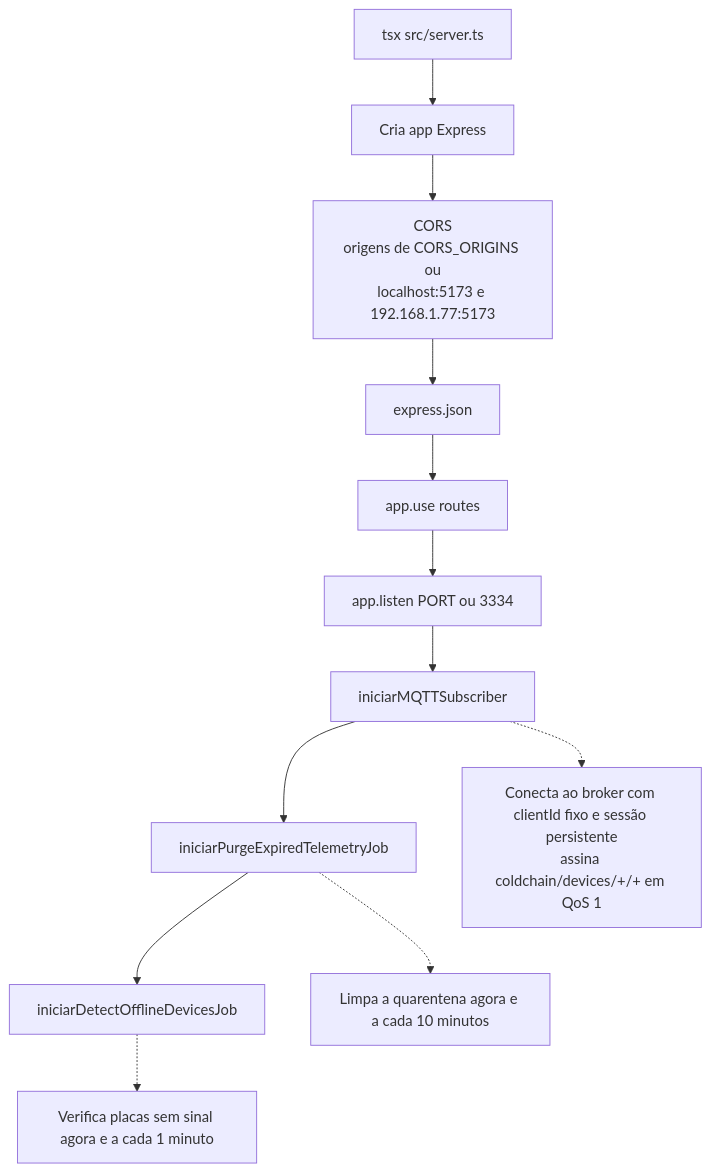
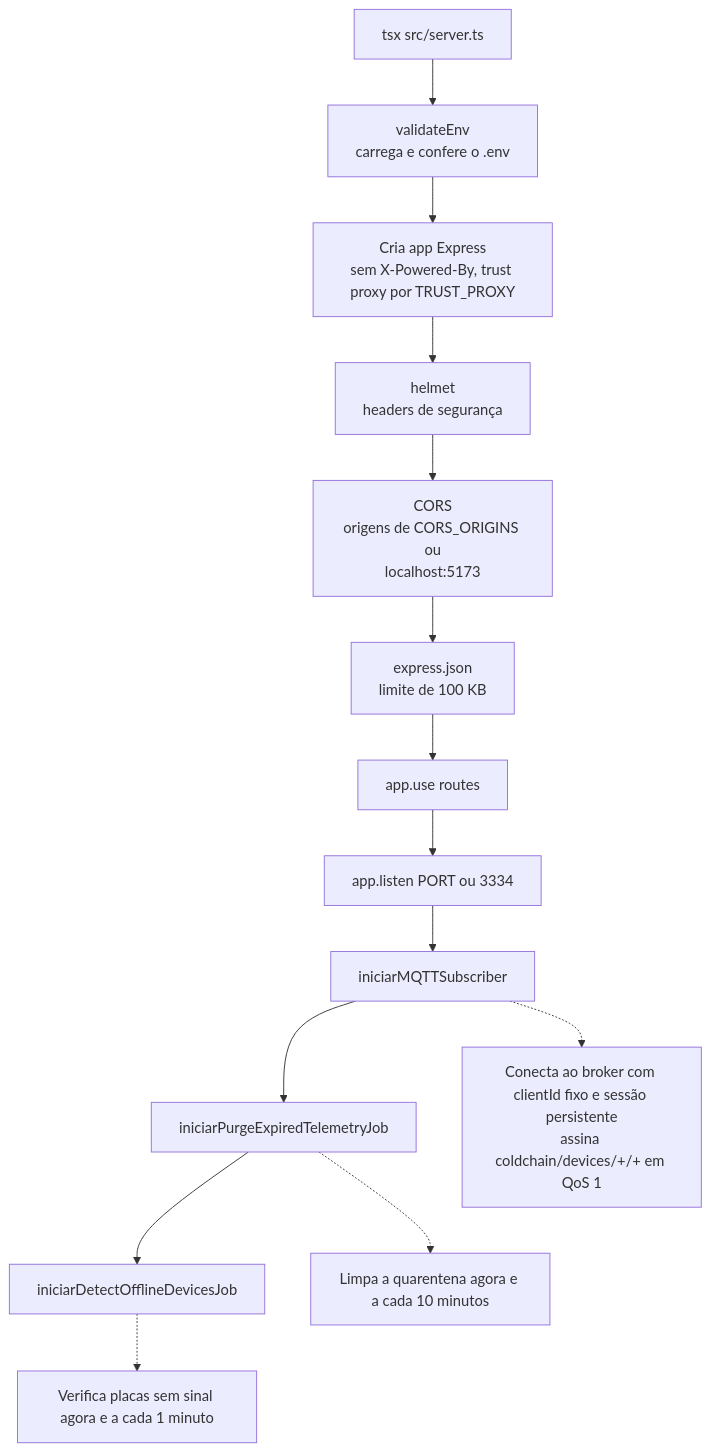
Before and after one commit to adreeanb/ColdChain: the second of 3 diagrams in docs/api/01-arquitetura.md, drawn with Mermaid. The commit also changed other lines of this file and 16 other files, not shown here.

````diff
--- a/docs/api/01-arquitetura.md
+++ b/docs/api/01-arquitetura.md
@@ -64,14 +64,16 @@
 ```mermaid
 flowchart TD
-    A[tsx src/server.ts] --> B[Cria app Express]
-    B --> C[CORS<br/>origens de CORS_ORIGINS ou<br/>localhost:5173 e 192.168.1.77:5173]
-    C --> D[express.json]
+    A[tsx src/server.ts] --> V[validateEnv<br/>carrega e confere o .env]
+    V --> B[Cria app Express<br/>sem X-Powered-By, trust proxy por TRUST_PROXY]
+    B --> HM[helmet<br/>headers de segurança]
+    HM --> C[CORS<br/>origens de CORS_ORIGINS ou<br/>localhost:5173]
+    C --> D[express.json<br/>limite de 100 KB]
     D --> E[app.use routes]
     E --> F[app.listen PORT ou 3334]
     F --> G[iniciarMQTTSubscriber]
     G --> H[iniciarPurgeExpiredTelemetryJob]
     H --> I[iniciarDetectOfflineDevicesJob]
     G -.-> G1[Conecta ao broker com clientId fixo e sessão persistente<br/>assina coldchain/devices/+/+ em QoS 1]
     H -.-> H1[Limpa a quarentena agora e a cada 10 minutos]
     I -.-> I1[Verifica placas sem sinal agora e a cada 1 minuto]
 ```
````
